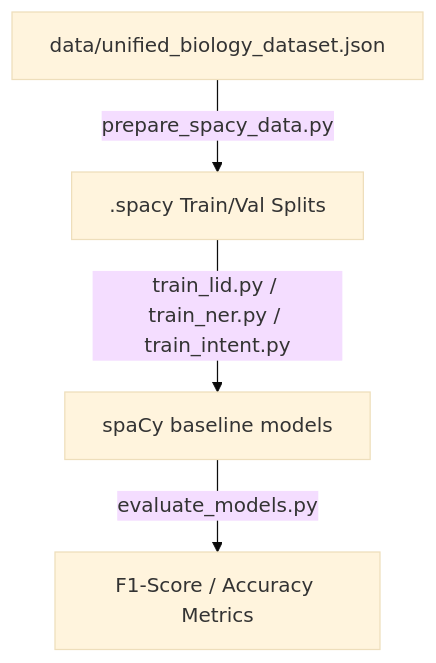
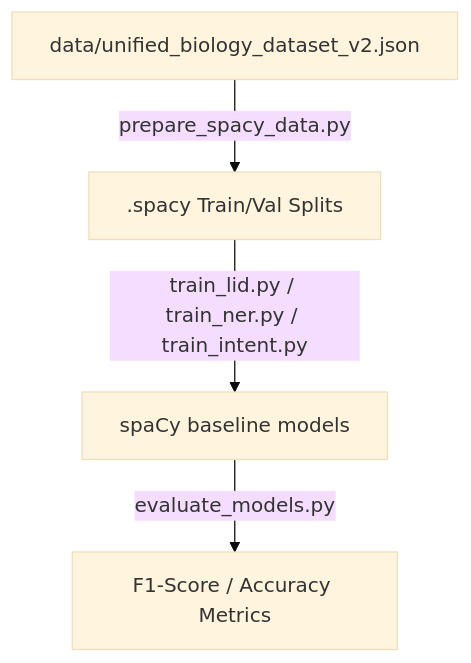
Before and after one commit to PersuasivePost/EduHinglish: the second of 5 diagrams in test_commands.md, drawn with Mermaid (base theme). The commit also changed other lines of this file and 112 other files, not shown here.

Commit message:
updated codebase to use updated dataset and retrained spacy models on updated dataset

````diff
--- a/test_commands.md
+++ b/test_commands.md
@@ -77,6 +77,6 @@
 ```mermaid
 graph TD
-    A[data/unified_biology_dataset.json] -->|prepare_spacy_data.py| B[.spacy Train/Val Splits]
+    A[data/unified_biology_dataset_v2.json] -->|prepare_spacy_data.py| B[.spacy Train/Val Splits]
     B -->|train_lid.py / train_ner.py / train_intent.py| C[spaCy baseline models]
     C -->|evaluate_models.py| D[F1-Score / Accuracy Metrics]
 ```
````
